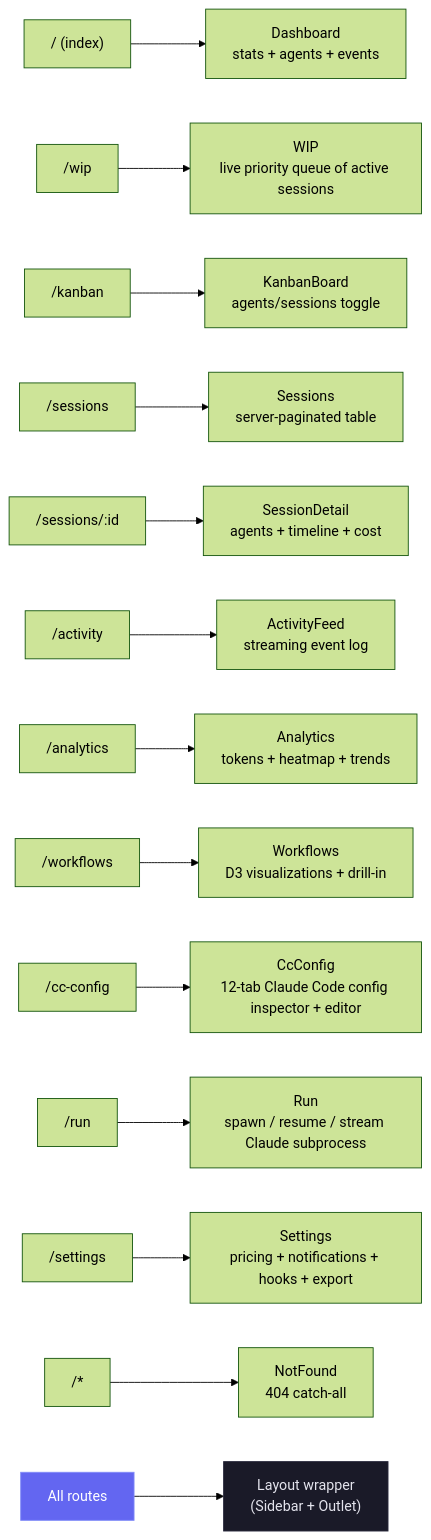
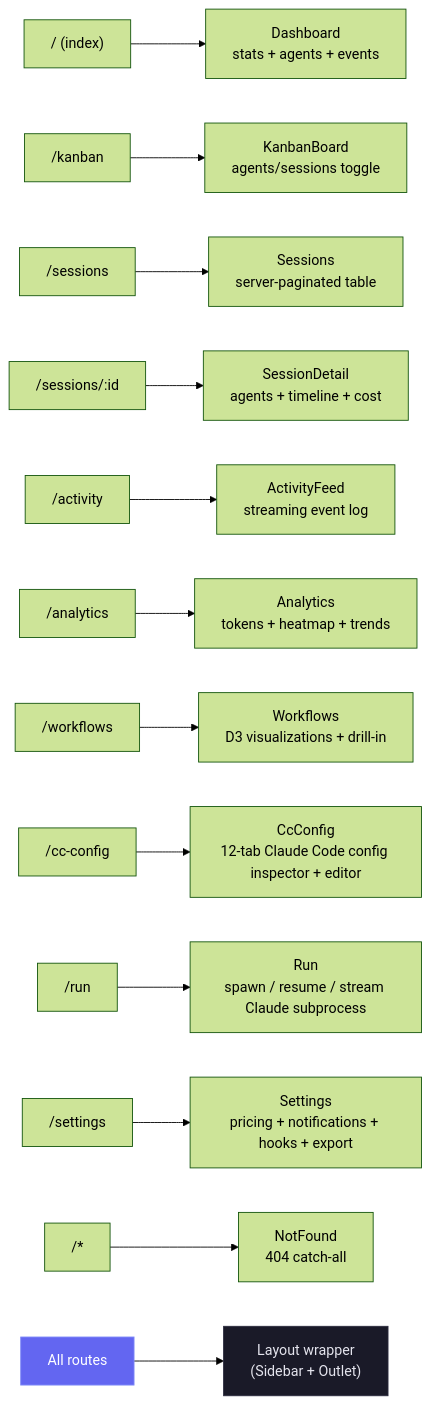
Before and after one commit to saralafleur/Claude-Code-Agent-Monitor: diagram 18 of 23 in README.md, drawn with Mermaid (forest theme). The commit also changed other lines of this file and 70 other files, not shown here.

First line of the commit message:
Remove the WIP queue feature; land accumulated cache-timeline/session-card work

````diff
--- a/README.md
+++ b/README.md
@@ -1973,20 +1972,19 @@
 ```mermaid
 graph LR
     ROOT["/ (index)"] --> DASH["Dashboard<br/>stats + agents + events"]
-    WIP["/wip"] --> WIPPAGE["WIP<br/>live priority queue of active sessions"]
     K["/kanban"] --> KANBAN["KanbanBoard<br/>agents/sessions toggle"]
     S["/sessions"] --> SESS["Sessions<br/>server-paginated table"]
     D["/sessions/:id"] --> DETAIL["SessionDetail<br/>agents + timeline + cost"]
     A["/activity"] --> ACT["ActivityFeed<br/>streaming event log"]
     AN["/analytics"] --> ANALYTICS["Analytics<br/>tokens + heatmap + trends"]
     WF["/workflows"] --> WORKFLOWS["Workflows<br/>D3 visualizations + drill-in"]
     CC["/cc-config"] --> CCCONFIG["CcConfig<br/>12-tab Claude Code config inspector + editor"]
     RUN["/run"] --> RUNPAGE["Run<br/>spawn / resume / stream Claude subprocess"]
     ST["/settings"] --> SETTINGS["Settings<br/>pricing + notifications + hooks + export"]
     NF["/*"] --> NOTFOUND["NotFound<br/>404 catch-all"]
 
     ALL["All routes"] --> LAYOUT["Layout wrapper<br/>(Sidebar + Outlet)"]
 
     style ALL fill:#6366f1,stroke:#818cf8,color:#fff
     style LAYOUT fill:#1a1a28,stroke:#2a2a3d,color:#e4e4ed
 ```
````
